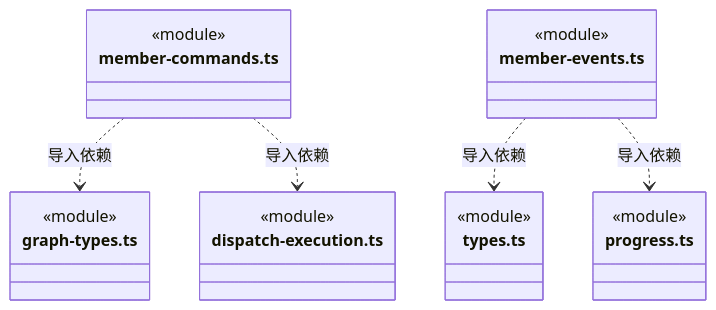
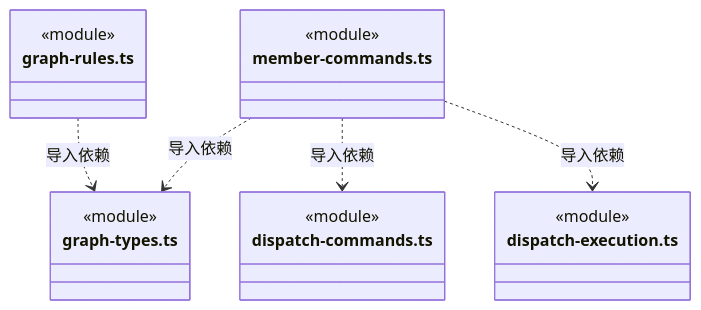
Before and after one commit to nan023062/cbim: diagram 41 of 46 in src/backend/core/tasks/ARCHITECTURE.md, drawn with Mermaid. The commit also changed other lines of this file and 60 other files, not shown here.

````diff
--- a/src/backend/core/tasks/ARCHITECTURE.md
+++ b/src/backend/core/tasks/ARCHITECTURE.md
@@ -1008,25 +1051,22 @@
 ```mermaid
 classDiagram
-class N_src_backend_core_tasks_member_commands_ts["member-commands.ts"] {
+class N_src_backend_core_tasks_graph_rules_ts["graph-rules.ts"] {
   <<module>>
 }
 class N_src_backend_core_tasks_graph_types_ts["graph-types.ts"] {
   <<module>>
 }
+class N_src_backend_core_tasks_member_commands_ts["member-commands.ts"] {
+  <<module>>
+}
+class N_src_backend_core_tasks_dispatch_commands_ts["dispatch-commands.ts"] {
+  <<module>>
+}
 class N_src_backend_core_tasks_dispatch_execution_ts["dispatch-execution.ts"] {
   <<module>>
 }
-class N_src_backend_core_tasks_member_events_ts["member-events.ts"] {
-  <<module>>
-}
-class N_src_backend_core_tasks_types_ts["types.ts"] {
-  <<module>>
-}
-class N_src_backend_core_tasks_progress_ts["progress.ts"] {
-  <<module>>
-}
+N_src_backend_core_tasks_graph_rules_ts ..> N_src_backend_core_tasks_graph_types_ts : 导入依赖
+N_src_backend_core_tasks_member_commands_ts ..> N_src_backend_core_tasks_dispatch_commands_ts : 导入依赖
 N_src_backend_core_tasks_member_commands_ts ..> N_src_backend_core_tasks_graph_types_ts : 导入依赖
 N_src_backend_core_tasks_member_commands_ts ..> N_src_backend_core_tasks_dispatch_execution_ts : 导入依赖
-N_src_backend_core_tasks_member_events_ts ..> N_src_backend_core_tasks_types_ts : 导入依赖
-N_src_backend_core_tasks_member_events_ts ..> N_src_backend_core_tasks_progress_ts : 导入依赖
 ```
````
